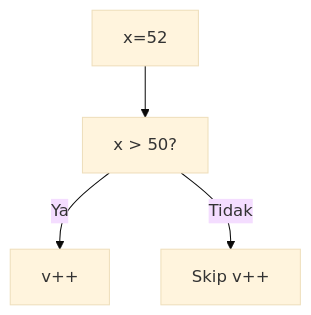
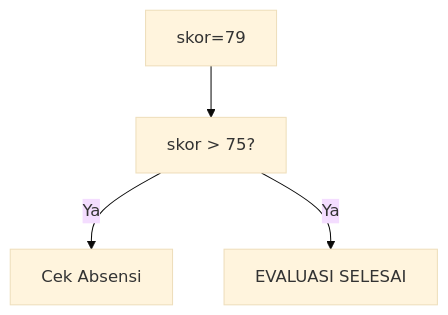
One commit to amnahwaida/OSNK_INF_PREP changed diagram 12 of 25 in part-c-pemahaman-cpp/02-percabangan/latihan/set-05.md. Above: the diagram before and after it, drawn with Mermaid (base theme). The commit also changed other lines of this file and 71 other files, not shown here.

````diff
--- a/part-c-pemahaman-cpp/02-percabangan/latihan/set-05.md
+++ b/part-c-pemahaman-cpp/02-percabangan/latihan/set-05.md
@@ -332,6 +349,6 @@
 ```mermaid
 graph TD
-A["x=52"] --> B["x > 50?"]
-B -- Ya --> C["v++"]
-B -- Tidak --> D["Skip v++"]
+A["skor=79"] --> B["skor > 75?"]
+B -- Ya --> C["Cek Absensi"]
+B -- Ya --> D["EVALUASI SELESAI"]
 ```
````
